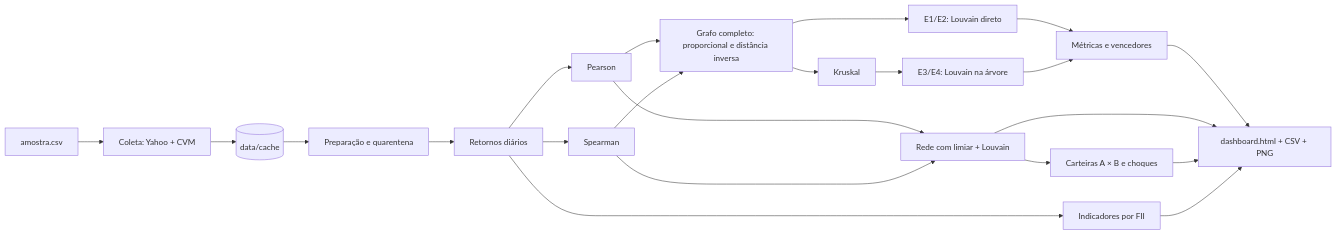
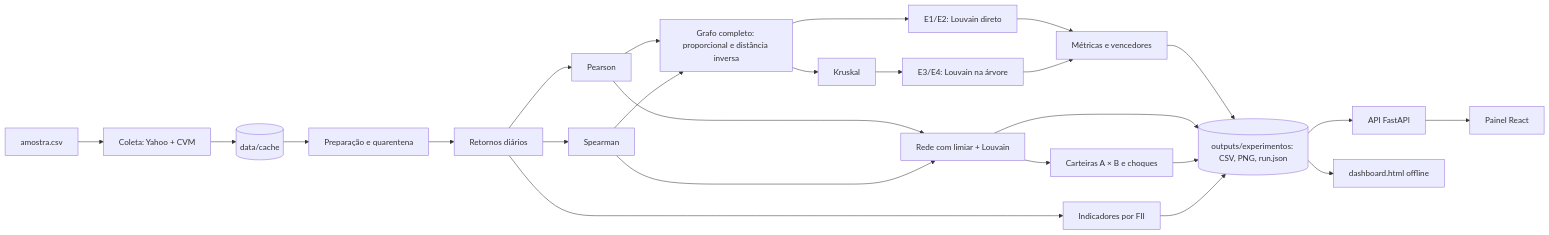
One commit to juliocpaiva/trabalho-de-grafos---analise-de-fii changed the diagram in README.md. Above: the diagram before and after it, drawn with Mermaid. The commit also changed other lines of this file and 19 other files, not shown here.

First line of the commit message:
Painel React reconstruído e API corrigida

````diff
--- a/README.md
+++ b/README.md
@@ -30,14 +30,16 @@
 ```mermaid
 flowchart LR
     A[amostra.csv] --> C[Coleta: Yahoo + CVM] --> K[(data/cache)]
     K --> P[Preparação e quarentena] --> R[Retornos diários]
     R --> I[Indicadores por FII]
     R --> CP[Pearson] & CS[Spearman]
     CP & CS --> G1[Rede com limiar + Louvain]
     CP & CS --> G2[Grafo completo: proporcional e distância inversa]
     G2 --> E12[E1/E2: Louvain direto]
     G2 --> KR[Kruskal] --> E34[E3/E4: Louvain na árvore]
     E12 & E34 --> M[Métricas e vencedores]
     G1 --> CA[Carteiras A × B e choques]
-    M & G1 & CA & I --> D[dashboard.html + CSV + PNG]
+    M & G1 & CA & I --> D[(outputs/experimentos: CSV, PNG, run.json)]
+    D --> API[API FastAPI] --> WEB[Painel React]
+    D --> H[dashboard.html offline]
 ```
````
